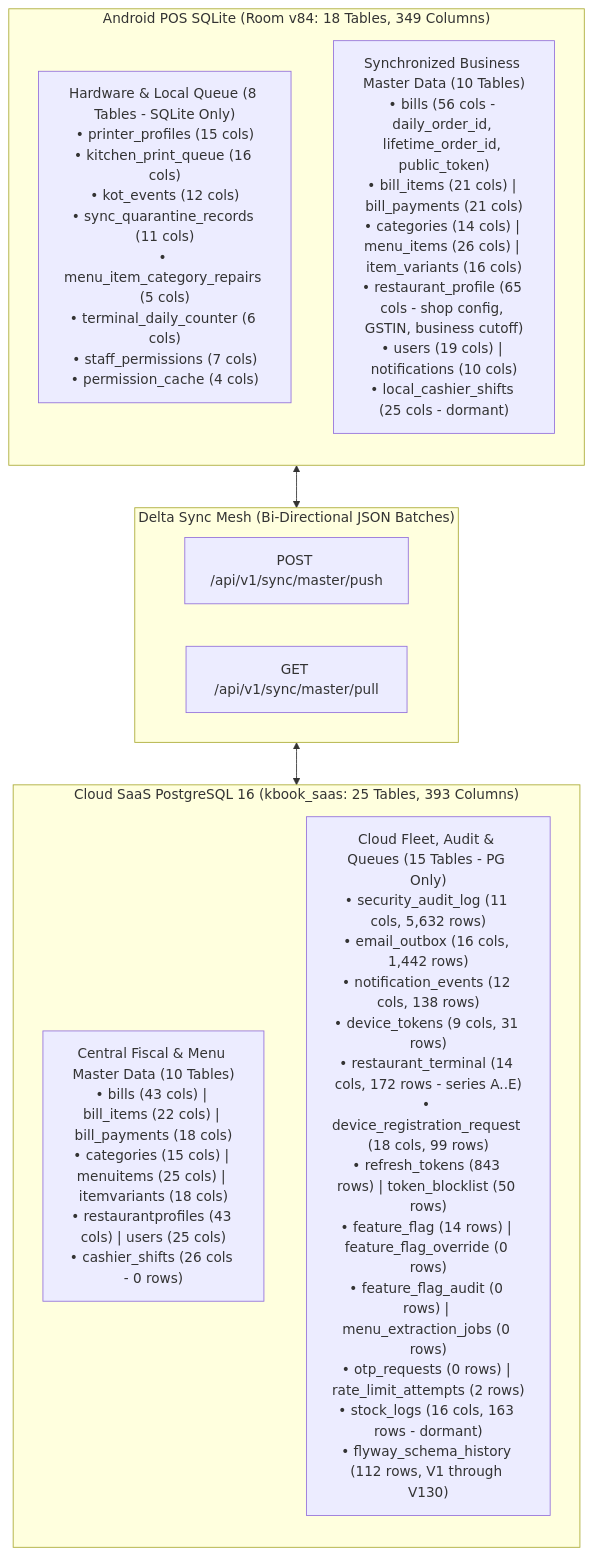
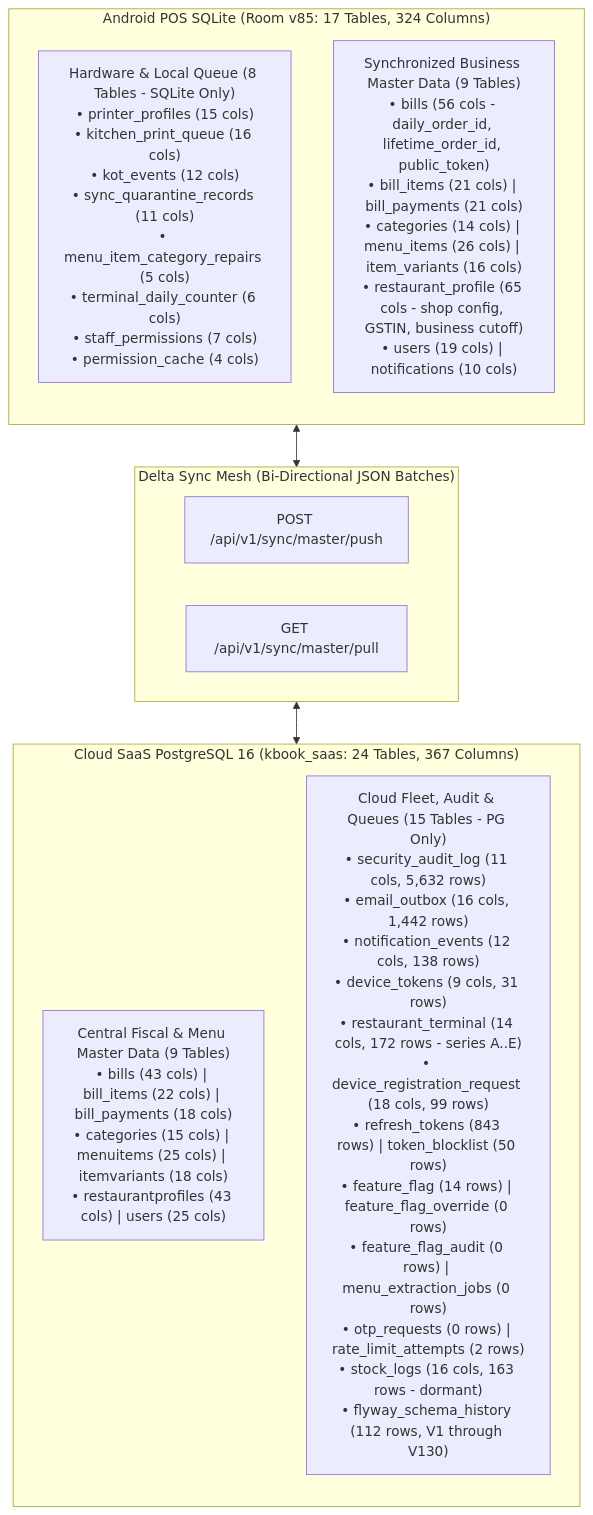
Before and after one commit to nandhakumarnagaraj/Kbook: the diagram in docs/database-architecture/10-database-architecture-baseline.md, drawn with Mermaid. The commit also changed 26 other files, not shown here.

First line of the commit message:
feat(arch): purge dormant cashier shifts from PostgreSQL (V132) and Room (v85)

````diff
--- a/docs/database-architecture/10-database-architecture-baseline.md
+++ b/docs/database-architecture/10-database-architecture-baseline.md
@@ -29,22 +29,22 @@
 ```mermaid
 flowchart TD
-    subgraph SQLitePOS ["Android POS SQLite (Room v84: 18 Tables, 349 Columns)"]
+    subgraph SQLitePOS ["Android POS SQLite (Room v85: 17 Tables, 324 Columns)"]
         direction TB
         SQ_HW["Hardware & Local Queue (8 Tables - SQLite Only)<br/>• printer_profiles (15 cols)<br/>• kitchen_print_queue (16 cols)<br/>• kot_events (12 cols)<br/>• sync_quarantine_records (11 cols)<br/>• menu_item_category_repairs (5 cols)<br/>• terminal_daily_counter (6 cols)<br/>• staff_permissions (7 cols)<br/>• permission_cache (4 cols)"]
-        SQ_SYNC["Synchronized Business Master Data (10 Tables)<br/>• bills (56 cols - daily_order_id, lifetime_order_id, public_token)<br/>• bill_items (21 cols) | bill_payments (21 cols)<br/>• categories (14 cols) | menu_items (26 cols) | item_variants (16 cols)<br/>• restaurant_profile (65 cols - shop config, GSTIN, business cutoff)<br/>• users (19 cols) | notifications (10 cols)<br/>• local_cashier_shifts (25 cols - dormant)"]
+        SQ_SYNC["Synchronized Business Master Data (9 Tables)<br/>• bills (56 cols - daily_order_id, lifetime_order_id, public_token)<br/>• bill_items (21 cols) | bill_payments (21 cols)<br/>• categories (14 cols) | menu_items (26 cols) | item_variants (16 cols)<br/>• restaurant_profile (65 cols - shop config, GSTIN, business cutoff)<br/>• users (19 cols) | notifications (10 cols)"]
     end
 
     subgraph SyncProtocol ["Delta Sync Mesh (Bi-Directional JSON Batches)"]
         Push["POST /api/v1/sync/master/push"]
         Pull["GET /api/v1/sync/master/pull"]
     end
 
-    subgraph PostgresCloud ["Cloud SaaS PostgreSQL 16 (kbook_saas: 25 Tables, 393 Columns)"]
+    subgraph PostgresCloud ["Cloud SaaS PostgreSQL 16 (kbook_saas: 24 Tables, 367 Columns)"]
         direction TB
-        PG_MASTER["Central Fiscal & Menu Master Data (10 Tables)<br/>• bills (43 cols) | bill_items (22 cols) | bill_payments (18 cols)<br/>• categories (15 cols) | menuitems (25 cols) | itemvariants (18 cols)<br/>• restaurantprofiles (43 cols) | users (25 cols)<br/>• cashier_shifts (26 cols - 0 rows)"]
+        PG_MASTER["Central Fiscal & Menu Master Data (9 Tables)<br/>• bills (43 cols) | bill_items (22 cols) | bill_payments (18 cols)<br/>• categories (15 cols) | menuitems (25 cols) | itemvariants (18 cols)<br/>• restaurantprofiles (43 cols) | users (25 cols)"]
         PG_CLOUD["Cloud Fleet, Audit & Queues (15 Tables - PG Only)<br/>• security_audit_log (11 cols, 5,632 rows)<br/>• email_outbox (16 cols, 1,442 rows)<br/>• notification_events (12 cols, 138 rows)<br/>• device_tokens (9 cols, 31 rows)<br/>• restaurant_terminal (14 cols, 172 rows - series A..E)<br/>• device_registration_request (18 cols, 99 rows)<br/>• refresh_tokens (843 rows) | token_blocklist (50 rows)<br/>• feature_flag (14 rows) | feature_flag_override (0 rows)<br/>• feature_flag_audit (0 rows) | menu_extraction_jobs (0 rows)<br/>• otp_requests (0 rows) | rate_limit_attempts (2 rows)<br/>• stock_logs (16 cols, 163 rows - dormant)<br/>• flyway_schema_history (112 rows, V1 through V130)"]
     end
 
     SQ_SYNC <--> SyncProtocol
     SyncProtocol <--> PG_MASTER
 ```
````
